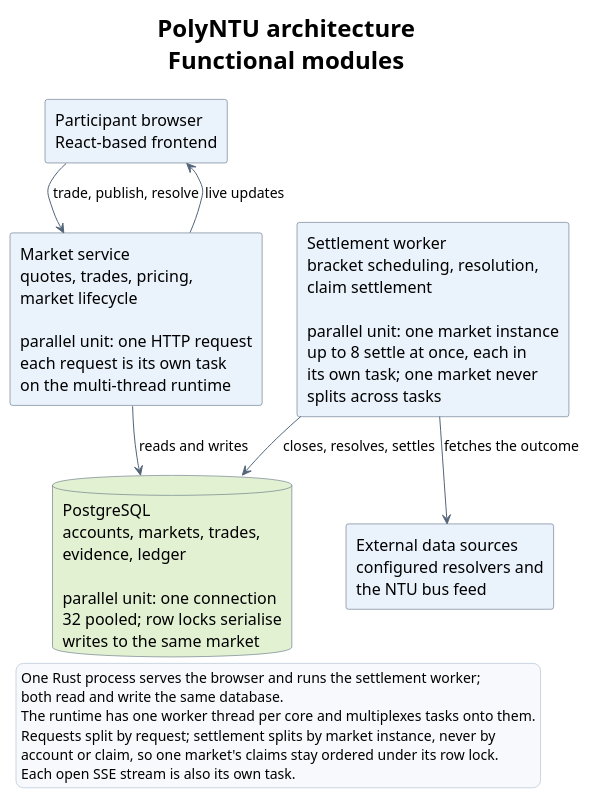
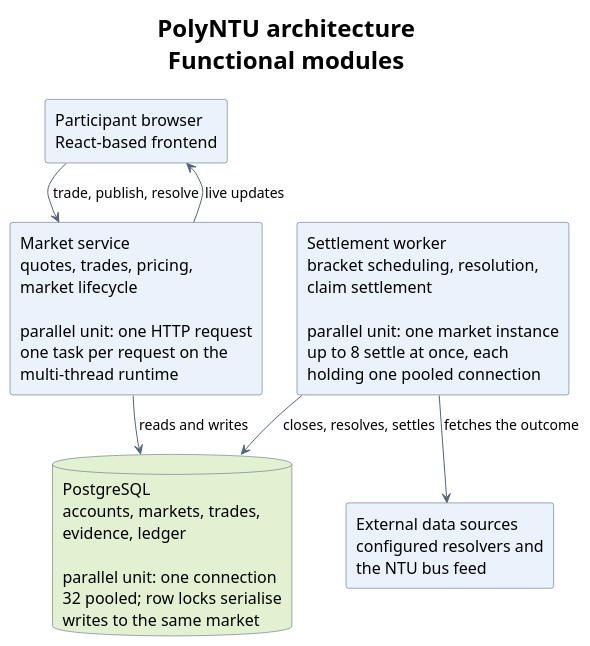
Before and after one commit to sagar2377/PolyNTU: the diagram in lab3/architecture-overview.puml, drawn with PlantUML. The commit also changed 3 other files, not shown here.

```diff
--- a/lab3/architecture-overview.puml
+++ b/lab3/architecture-overview.puml
@@ -1,45 +1,36 @@
 @startuml
 !pragma layout smetana
 hide circle
 hide empty members
 skinparam shadowing false
 skinparam backgroundColor #FFFFFF
 skinparam defaultFontName Arial
 skinparam defaultFontSize 16
 skinparam classAttributeIconSize 0
 skinparam componentStyle rectangle
 skinparam componentBorderColor #40546A
 skinparam componentBackgroundColor #EAF2FC
 skinparam databaseBackgroundColor #E3F1D3
 skinparam databaseBorderColor #40546A
 skinparam ArrowColor #526579
 skinparam ArrowFontSize 14
 skinparam nodesep 60
 skinparam ranksep 70
 skinparam titleFontSize 24
 skinparam legendBackgroundColor #F7F9FC
 skinparam legendBorderColor #CBD5E1
 
 title PolyNTU architecture\nFunctional modules
 
 component "Participant browser\nReact-based frontend" as Browser
-component "Market service\nquotes, trades, pricing,\nmarket lifecycle\n\nparallel unit: one HTTP request\neach request is its own task\non the multi-thread runtime" as Service
-component "Settlement worker\nbracket scheduling, resolution,\nclaim settlement\n\nparallel unit: one market instance\nup to 8 settle at once, each in\nits own task; one market never\nsplits across tasks" as Worker
+component "Market service\nquotes, trades, pricing,\nmarket lifecycle\n\nparallel unit: one HTTP request\none task per request on the\nmulti-thread runtime" as Service
+component "Settlement worker\nbracket scheduling, resolution,\nclaim settlement\n\nparallel unit: one market instance\nup to 8 settle at once, each\nholding one pooled connection" as Worker
 database "PostgreSQL\naccounts, markets, trades,\nevidence, ledger\n\nparallel unit: one connection\n32 pooled; row locks serialise\nwrites to the same market" as Db
 component "External data sources\nconfigured resolvers and\nthe NTU bus feed" as Sources
 
 Browser --> Service : trade, publish, resolve
 Service --> Browser : live updates
 Service --> Db : reads and writes
 Worker --> Db : closes, resolves, settles
 Worker --> Sources : fetches the outcome
-
-legend bottom left
-  One Rust process serves the browser and runs the settlement worker;
-  both read and write the same database.
-  The runtime has one worker thread per core and multiplexes tasks onto them.
-  Requests split by request; settlement splits by market instance, never by
-  account or claim, so one market's claims stay ordered under its row lock.
-  Each open SSE stream is also its own task.
-endlegend
 @enduml
```
